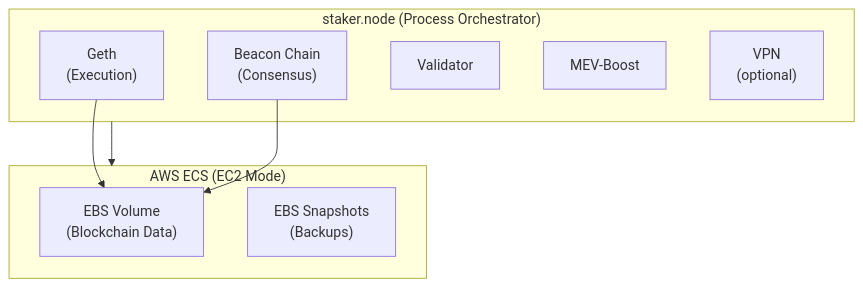
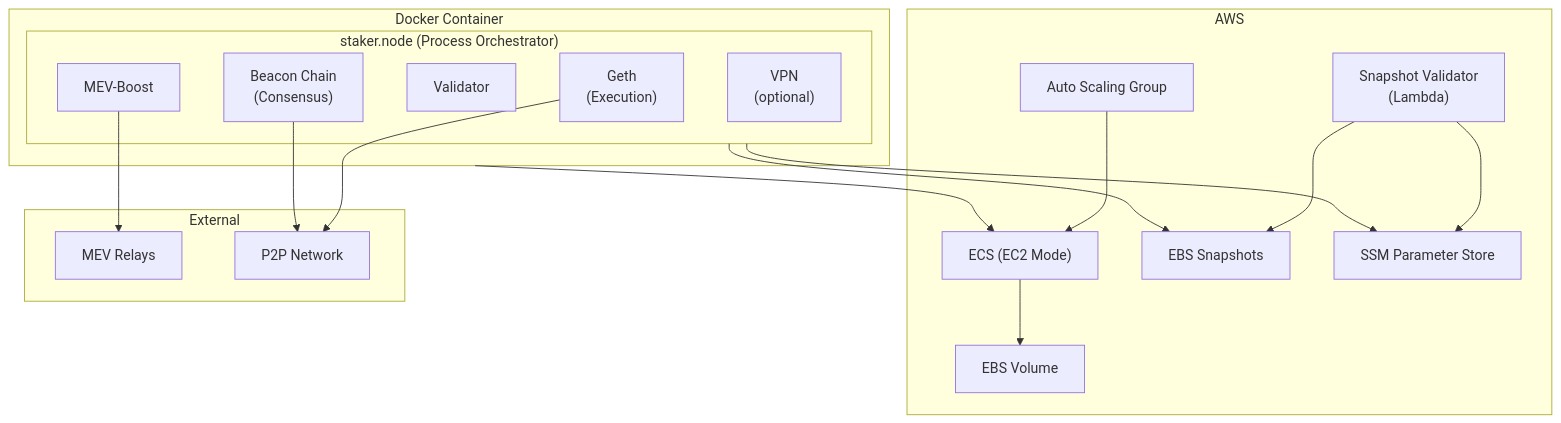
One commit to alkalescent/ethereum changed the diagram in README.md. Above: the diagram before and after it, drawn with Mermaid.

Commit message:
update diagram

````diff
--- a/README.md
+++ b/README.md
@@ -11,19 +11,37 @@
 ```mermaid
 graph TB
-    subgraph Node["staker.node (Process Orchestrator)"]
-        Geth["Geth<br/>(Execution)"]
-        Beacon["Beacon Chain<br/>(Consensus)"]
-        Validator["Validator"]
-        MEV["MEV-Boost"]
-        VPN["VPN<br/>(optional)"]
+    subgraph Docker["Docker Container"]
+        subgraph Node["staker.node (Process Orchestrator)"]
+            Geth["Geth<br/>(Execution)"]
+            Beacon["Beacon Chain<br/>(Consensus)"]
+            Validator["Validator"]
+            MEV["MEV-Boost"]
+            VPN["VPN<br/>(optional)"]
+        end
     end
     
-    subgraph AWS["AWS ECS (EC2 Mode)"]
-        EBS["EBS Volume<br/>(Blockchain Data)"]
-        Snapshot["EBS Snapshots<br/>(Backups)"]
+    subgraph AWS["AWS"]
+        ECS["ECS (EC2 Mode)"]
+        EBS["EBS Volume"]
+        Snapshot["EBS Snapshots"]
+        SSM["SSM Parameter Store"]
+        Lambda["Snapshot Validator<br/>(Lambda)"]
+        ASG["Auto Scaling Group"]
     end
     
-    Geth --> EBS
-    Beacon --> EBS
-    Node --> AWS
+    subgraph External["External"]
+        Relays["MEV Relays"]
+        Peers["P2P Network"]
+    end
+    
+    Docker --> ECS
+    ECS --> EBS
+    Node --> Snapshot
+    Node --> SSM
+    Lambda --> SSM
+    Lambda --> Snapshot
+    MEV --> Relays
+    Geth --> Peers
+    Beacon --> Peers
+    ASG --> ECS
 ```
````
